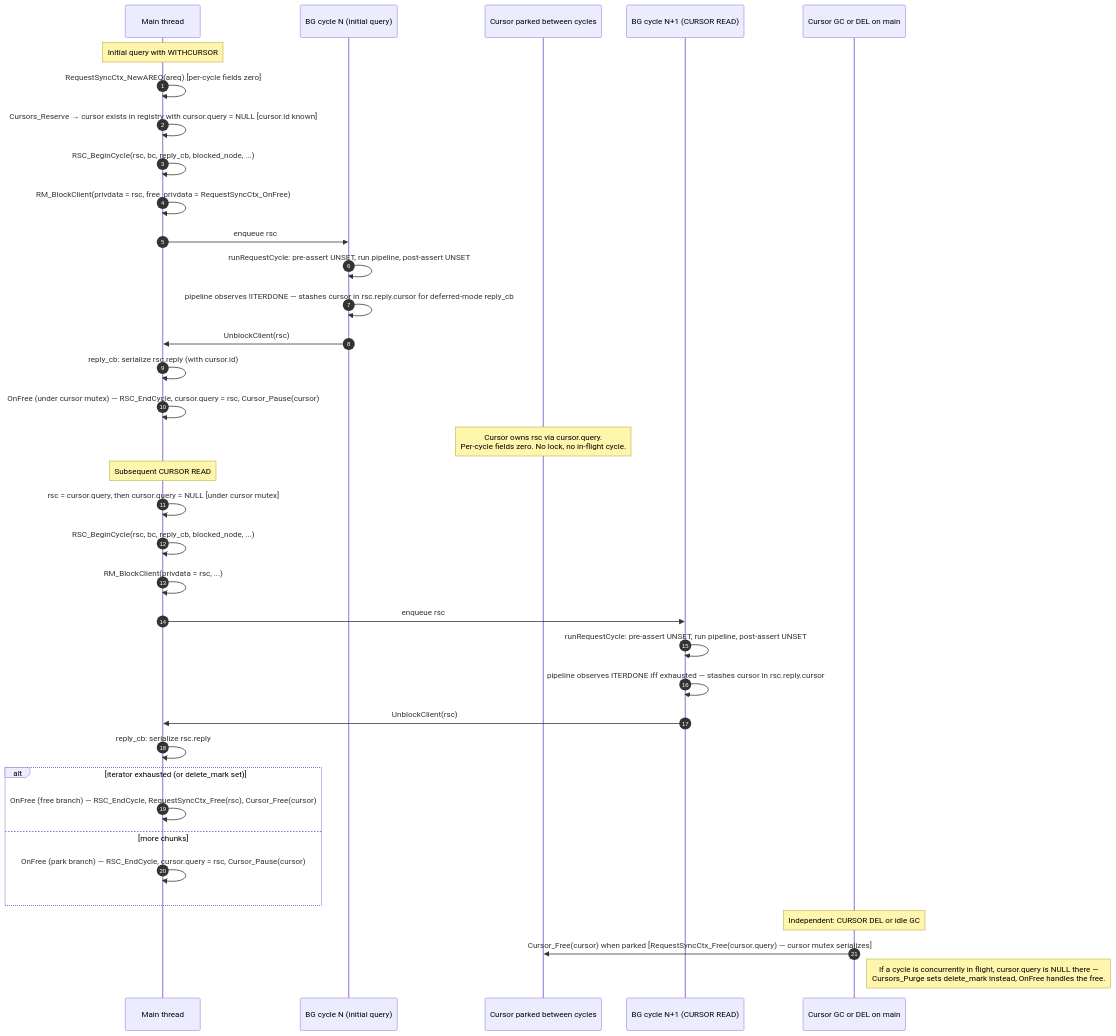
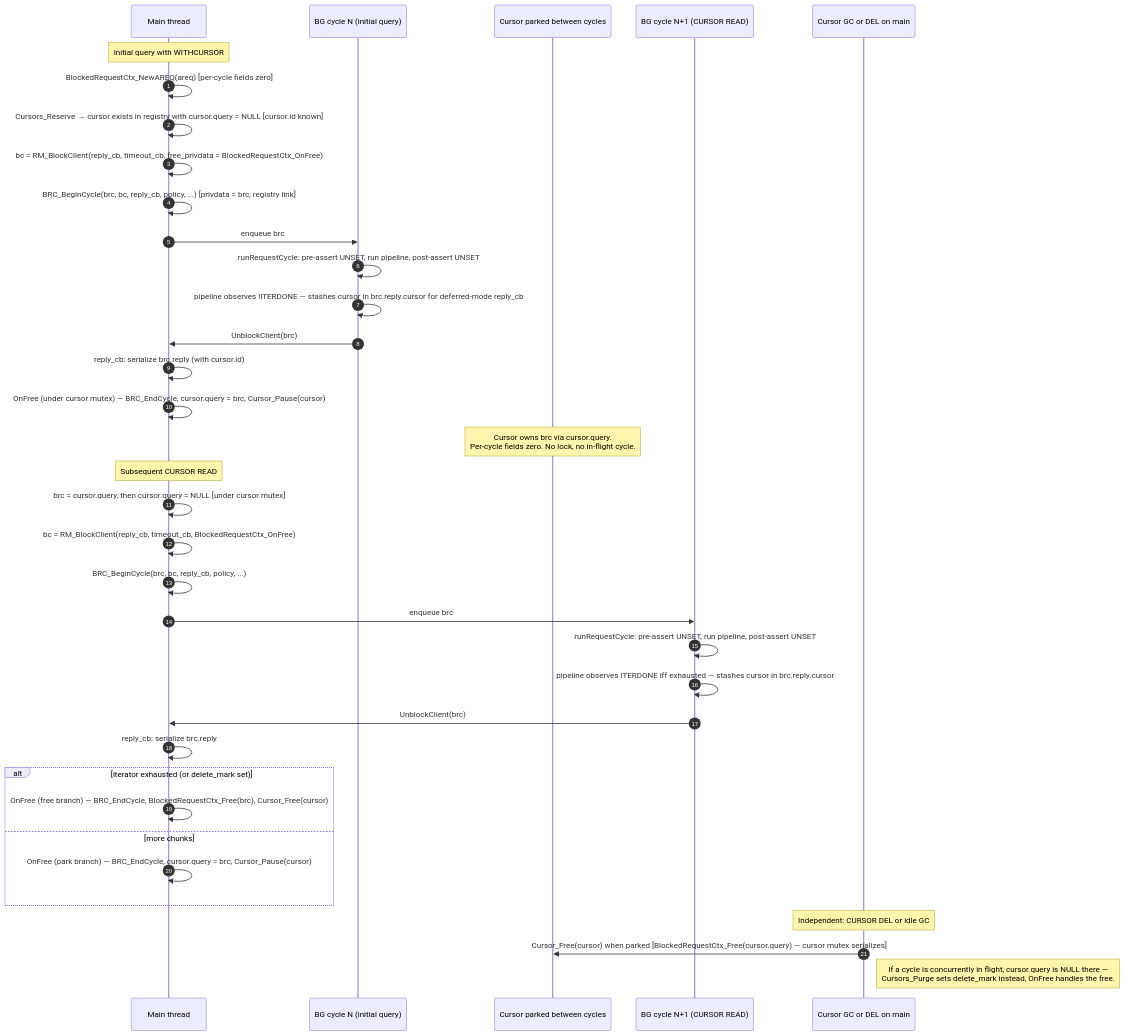
The fourth of 5 diagrams in docs/design/blocked_client_refactor.md (RediSearch/RediSearch), drawn with Mermaid before and after one commit. The commit also changed other lines of this file and 1 other file, not shown here.

First line of the commit message:
docs(design): refresh blocked-client refactor for completed RETURN_STRICT

````diff
--- a/docs/design/blocked_client_refactor.md
+++ b/docs/design/blocked_client_refactor.md
@@ -645,41 +785,41 @@
 ```mermaid
 sequenceDiagram
   autonumber
   participant Main as Main thread
   participant W1 as BG cycle N (initial query)
   participant Curs as Cursor parked between cycles
   participant W2 as BG cycle N+1 (CURSOR READ)
   participant GC as Cursor GC or DEL on main
 
   Note over Main: Initial query with WITHCURSOR
-  Main->>Main: RequestSyncCtx_NewAREQ(areq)  [per-cycle fields zero]
+  Main->>Main: BlockedRequestCtx_NewAREQ(areq)  [per-cycle fields zero]
   Main->>Main: Cursors_Reserve → cursor exists in registry with cursor.query = NULL  [cursor.id known]
-  Main->>Main: RSC_BeginCycle(rsc, bc, reply_cb, blocked_node, ...)
-  Main->>Main: RM_BlockClient(privdata = rsc, free_privdata = RequestSyncCtx_OnFree)
-  Main->>W1: enqueue rsc
+  Main->>Main: bc = RM_BlockClient(reply_cb, timeout_cb, free_privdata = BlockedRequestCtx_OnFree)
+  Main->>Main: BRC_BeginCycle(brc, bc, reply_cb, policy, ...)  [privdata = brc, registry link]
+  Main->>W1: enqueue brc
   W1->>W1: runRequestCycle: pre-assert UNSET, run pipeline, post-assert UNSET
-  W1->>W1: pipeline observes !ITERDONE — stashes cursor in rsc.reply.cursor for deferred-mode reply_cb
-  W1->>Main: UnblockClient(rsc)
-  Main->>Main: reply_cb: serialize rsc.reply (with cursor.id)
-  Main->>Main: OnFree (under cursor mutex) — RSC_EndCycle, cursor.query = rsc, Cursor_Pause(cursor)
-  Note over Curs: Cursor owns rsc via cursor.query.<br/>Per-cycle fields zero. No lock, no in-flight cycle.
+  W1->>W1: pipeline observes !ITERDONE — stashes cursor in brc.reply.cursor for deferred-mode reply_cb
+  W1->>Main: UnblockClient(brc)
+  Main->>Main: reply_cb: serialize brc.reply (with cursor.id)
+  Main->>Main: OnFree (under cursor mutex) — BRC_EndCycle, cursor.query = brc, Cursor_Pause(cursor)
+  Note over Curs: Cursor owns brc via cursor.query.<br/>Per-cycle fields zero. No lock, no in-flight cycle.
 
   Note over Main: Subsequent CURSOR READ
-  Main->>Main: rsc = cursor.query, then cursor.query = NULL  [under cursor mutex]
-  Main->>Main: RSC_BeginCycle(rsc, bc, reply_cb, blocked_node, ...)
-  Main->>Main: RM_BlockClient(privdata = rsc, ...)
-  Main->>W2: enqueue rsc
+  Main->>Main: brc = cursor.query, then cursor.query = NULL  [under cursor mutex]
+  Main->>Main: bc = RM_BlockClient(reply_cb, timeout_cb, BlockedRequestCtx_OnFree)
+  Main->>Main: BRC_BeginCycle(brc, bc, reply_cb, policy, ...)
+  Main->>W2: enqueue brc
   W2->>W2: runRequestCycle: pre-assert UNSET, run pipeline, post-assert UNSET
-  W2->>W2: pipeline observes ITERDONE iff exhausted — stashes cursor in rsc.reply.cursor
-  W2->>Main: UnblockClient(rsc)
-  Main->>Main: reply_cb: serialize rsc.reply
+  W2->>W2: pipeline observes ITERDONE iff exhausted — stashes cursor in brc.reply.cursor
+  W2->>Main: UnblockClient(brc)
+  Main->>Main: reply_cb: serialize brc.reply
   alt iterator exhausted (or delete_mark set)
-    Main->>Main: OnFree (free branch) — RSC_EndCycle, RequestSyncCtx_Free(rsc), Cursor_Free(cursor)
+    Main->>Main: OnFree (free branch) — BRC_EndCycle, BlockedRequestCtx_Free(brc), Cursor_Free(cursor)
   else more chunks
-    Main->>Main: OnFree (park branch) — RSC_EndCycle, cursor.query = rsc, Cursor_Pause(cursor)
+    Main->>Main: OnFree (park branch) — BRC_EndCycle, cursor.query = brc, Cursor_Pause(cursor)
   end
 
   Note over GC: Independent: CURSOR DEL or idle GC
-  GC->>Curs: Cursor_Free(cursor) when parked  [RequestSyncCtx_Free(cursor.query) — cursor mutex serializes]
+  GC->>Curs: Cursor_Free(cursor) when parked  [BlockedRequestCtx_Free(cursor.query) — cursor mutex serializes]
   Note right of GC: If a cycle is concurrently in flight, cursor.query is NULL there —<br/>Cursors_Purge sets delete_mark instead, OnFree handles the free.
 ```
````
